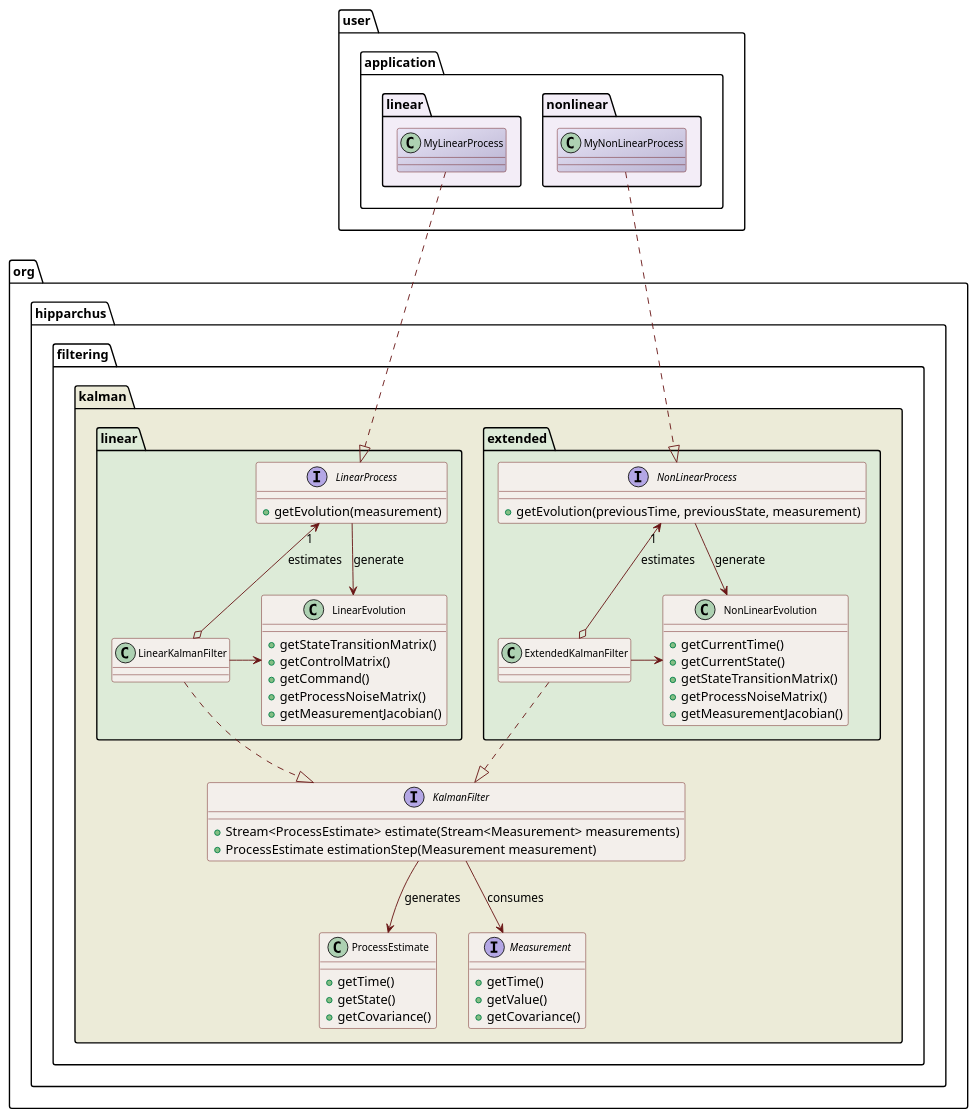
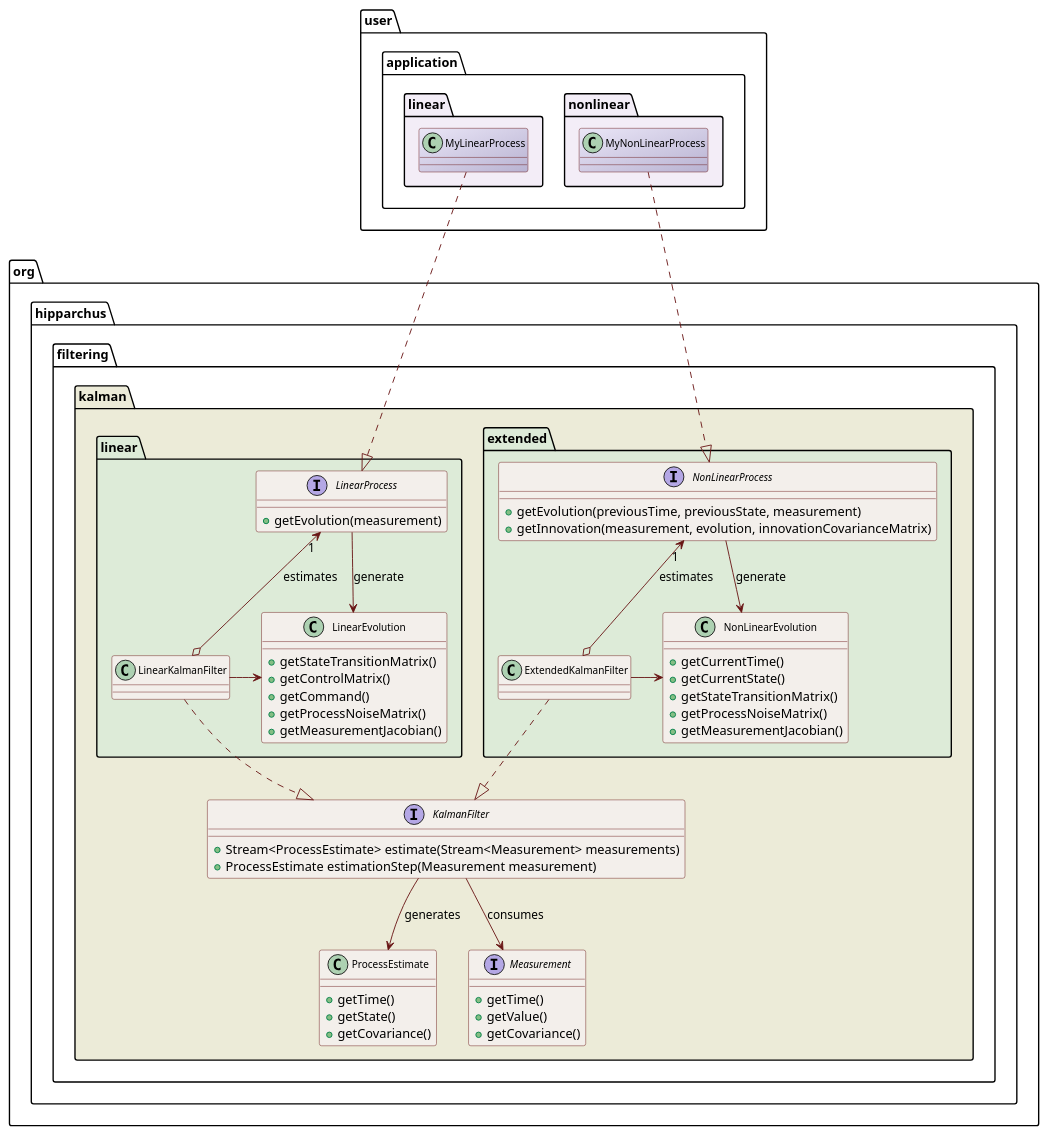
Before and after one commit to Hipparchus-Math/hipparchus: the diagram in src/site/design/kalman.puml, drawn with PlantUML. The commit also changed 5 other files, not shown here.

```diff
--- a/src/site/design/kalman.puml
+++ b/src/site/design/kalman.puml
@@ -16,92 +16,93 @@
 @startuml
 
   skinparam svek                  true
   skinparam ClassBackgroundColor  #F3EFEB
   skinparam ClassArrowColor       #691616
   skinparam ClassBorderColor      #691616
   skinparam NoteBackgroundColor   #F3EFEB
   skinparam NoteBorderColor       #691616
   skinparam NoteFontColor         #691616
   skinparam ClassFontSize         11
 
   package org.hipparchus.filtering.kalman #ECEBD8 {
 
       class ProcessEstimate {
         +getTime()
         +getState()
         +getCovariance()
       }
 
       interface Measurement {
         +getTime()
         +getValue()
         +getCovariance()
       }
 
       interface KalmanFilter {
         +Stream<ProcessEstimate> estimate(Stream<Measurement> measurements)
         +ProcessEstimate estimationStep(Measurement measurement)
       }
 
       KalmanFilter --> Measurement     : consumes
       KalmanFilter --> ProcessEstimate : generates
 
       package linear #DDEBD8 {
           class LinearEvolution {
             +getStateTransitionMatrix()
             +getControlMatrix()
             +getCommand()
             +getProcessNoiseMatrix()
             +getMeasurementJacobian()
           }
 
           interface LinearProcess {
             +getEvolution(measurement)
           }
 
           class LinearKalmanFilter
 
           LinearProcess    "1" <--o LinearKalmanFilter : estimates
           LinearProcess --> LinearEvolution : generate
           LinearKalmanFilter ..|> KalmanFilter
           LinearEvolution <-left- LinearKalmanFilter
 
       }
 
       package extended #DDEBD8 {
 
           class NonLinearEvolution {
             +getCurrentTime()
             +getCurrentState()
             +getStateTransitionMatrix()
             +getProcessNoiseMatrix()
             +getMeasurementJacobian()
           }
 
           interface NonLinearProcess {
             +getEvolution(previousTime, previousState, measurement)
+            +getInnovation(measurement, evolution, innovationCovarianceMatrix)
           }
 
           class ExtendedKalmanFilter
 
           NonLinearProcess "1" <--o ExtendedKalmanFilter : estimates
           NonLinearProcess --> NonLinearEvolution : generate
           ExtendedKalmanFilter ..|> KalmanFilter
           ExtendedKalmanFilter -right-> NonLinearEvolution
 
       }
 
 
   }
 
   package user.application.linear #F3EDF7 {
     class MyLinearProcess #EAE6F7/B9B3D2
     MyLinearProcess ..|> LinearProcess
   }
 
   package user.application.nonlinear #F3EDF7 {
     class MyNonLinearProcess #EAE6F7/B9B3D2
     MyNonLinearProcess ..|> NonLinearProcess
   }
 
 @enduml
```
